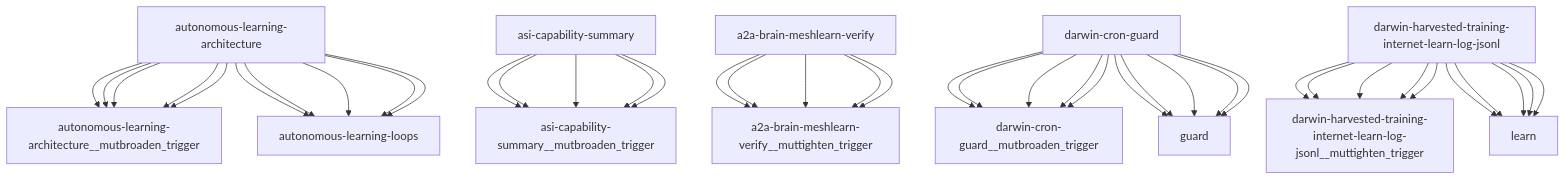
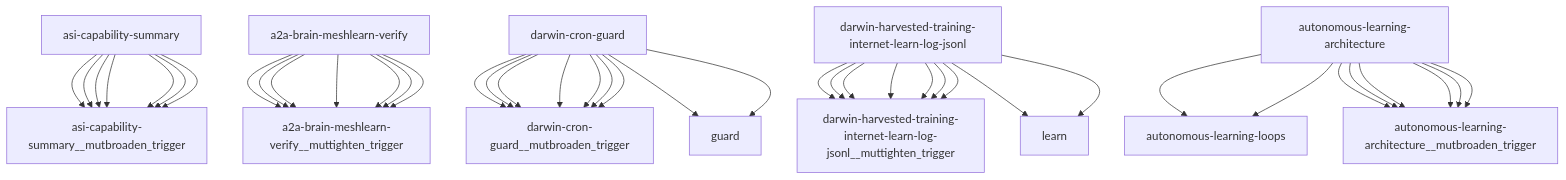
One commit to openamer-max/max-scripts changed the diagram in reports/darwin-report.md. Above: the diagram before and after it, drawn with Mermaid. The commit also changed other lines of this file and 9 other files, not shown here.

````diff
--- a/reports/darwin-report.md
+++ b/reports/darwin-report.md
@@ -74,43 +74,43 @@
 ```mermaid
 graph TD
-    autonomous-learning-architecture["autonomous-learning-architecture"] --> autonomous-learning-architecture__mutbroaden_trigger["autonomous-learning-architecture__mutbroaden_trigger"]
     asi-capability-summary["asi-capability-summary"] --> asi-capability-summary__mutbroaden_trigger["asi-capability-summary__mutbroaden_trigger"]
     a2a-brain-meshlearn-verify["a2a-brain-meshlearn-verify"] --> a2a-brain-meshlearn-verify__muttighten_trigger["a2a-brain-meshlearn-verify__muttighten_trigger"]
     darwin-cron-guard["darwin-cron-guard"] --> darwin-cron-guard__mutbroaden_trigger["darwin-cron-guard__mutbroaden_trigger"]
     darwin-harvested-training-internet-learn-log-jsonl["darwin-harvested-training-internet-learn-log-jsonl"] --> darwin-harvested-training-internet-learn-log-jsonl__muttighten_trigger["darwin-harvested-training-internet-learn-log-jsonl__muttighten_trigger"]
     autonomous-learning-architecture["autonomous-learning-architecture"] --> autonomous-learning-loops["autonomous-learning-loops"]
     darwin-cron-guard["darwin-cron-guard"] --> guard["guard"]
     darwin-harvested-training-internet-learn-log-jsonl["darwin-harvested-training-internet-learn-log-jsonl"] --> learn["learn"]
     autonomous-learning-architecture["autonomous-learning-architecture"] --> autonomous-learning-architecture__mutbroaden_trigger["autonomous-learning-architecture__mutbroaden_trigger"]
     asi-capability-summary["asi-capability-summary"] --> asi-capability-summary__mutbroaden_trigger["asi-capability-summary__mutbroaden_trigger"]
     a2a-brain-meshlearn-verify["a2a-brain-meshlearn-verify"] --> a2a-brain-meshlearn-verify__muttighten_trigger["a2a-brain-meshlearn-verify__muttighten_trigger"]
     darwin-cron-guard["darwin-cron-guard"] --> darwin-cron-guard__mutbroaden_trigger["darwin-cron-guard__mutbroaden_trigger"]
     darwin-harvested-training-internet-learn-log-jsonl["darwin-harvested-training-internet-learn-log-jsonl"] --> darwin-harvested-training-internet-learn-log-jsonl__muttighten_trigger["darwin-harvested-training-internet-learn-log-jsonl__muttighten_trigger"]
-    autonomous-learning-architecture["autonomous-learning-architecture"] --> autonomous-learning-loops["autonomous-learning-loops"]
-    darwin-cron-guard["darwin-cron-guard"] --> guard["guard"]
-    darwin-harvested-training-internet-learn-log-jsonl["darwin-harvested-training-internet-learn-log-jsonl"] --> learn["learn"]
     autonomous-learning-architecture["autonomous-learning-architecture"] --> autonomous-learning-architecture__mutbroaden_trigger["autonomous-learning-architecture__mutbroaden_trigger"]
     asi-capability-summary["asi-capability-summary"] --> asi-capability-summary__mutbroaden_trigger["asi-capability-summary__mutbroaden_trigger"]
     a2a-brain-meshlearn-verify["a2a-brain-meshlearn-verify"] --> a2a-brain-meshlearn-verify__muttighten_trigger["a2a-brain-meshlearn-verify__muttighten_trigger"]
     darwin-cron-guard["darwin-cron-guard"] --> darwin-cron-guard__mutbroaden_trigger["darwin-cron-guard__mutbroaden_trigger"]
     darwin-harvested-training-internet-learn-log-jsonl["darwin-harvested-training-internet-learn-log-jsonl"] --> darwin-harvested-training-internet-learn-log-jsonl__muttighten_trigger["darwin-harvested-training-internet-learn-log-jsonl__muttighten_trigger"]
-    autonomous-learning-architecture["autonomous-learning-architecture"] --> autonomous-learning-loops["autonomous-learning-loops"]
-    darwin-cron-guard["darwin-cron-guard"] --> guard["guard"]
-    darwin-harvested-training-internet-learn-log-jsonl["darwin-harvested-training-internet-learn-log-jsonl"] --> learn["learn"]
     autonomous-learning-architecture["autonomous-learning-architecture"] --> autonomous-learning-architecture__mutbroaden_trigger["autonomous-learning-architecture__mutbroaden_trigger"]
     asi-capability-summary["asi-capability-summary"] --> asi-capability-summary__mutbroaden_trigger["asi-capability-summary__mutbroaden_trigger"]
     a2a-brain-meshlearn-verify["a2a-brain-meshlearn-verify"] --> a2a-brain-meshlearn-verify__muttighten_trigger["a2a-brain-meshlearn-verify__muttighten_trigger"]
     darwin-cron-guard["darwin-cron-guard"] --> darwin-cron-guard__mutbroaden_trigger["darwin-cron-guard__mutbroaden_trigger"]
     darwin-harvested-training-internet-learn-log-jsonl["darwin-harvested-training-internet-learn-log-jsonl"] --> darwin-harvested-training-internet-learn-log-jsonl__muttighten_trigger["darwin-harvested-training-internet-learn-log-jsonl__muttighten_trigger"]
-    autonomous-learning-architecture["autonomous-learning-architecture"] --> autonomous-learning-loops["autonomous-learning-loops"]
-    darwin-cron-guard["darwin-cron-guard"] --> guard["guard"]
-    darwin-harvested-training-internet-learn-log-jsonl["darwin-harvested-training-internet-learn-log-jsonl"] --> learn["learn"]
+    autonomous-learning-architecture["autonomous-learning-architecture"] --> autonomous-learning-architecture__mutbroaden_trigger["autonomous-learning-architecture__mutbroaden_trigger"]
+    asi-capability-summary["asi-capability-summary"] --> asi-capability-summary__mutbroaden_trigger["asi-capability-summary__mutbroaden_trigger"]
+    a2a-brain-meshlearn-verify["a2a-brain-meshlearn-verify"] --> a2a-brain-meshlearn-verify__muttighten_trigger["a2a-brain-meshlearn-verify__muttighten_trigger"]
+    darwin-cron-guard["darwin-cron-guard"] --> darwin-cron-guard__mutbroaden_trigger["darwin-cron-guard__mutbroaden_trigger"]
+    darwin-harvested-training-internet-learn-log-jsonl["darwin-harvested-training-internet-learn-log-jsonl"] --> darwin-harvested-training-internet-learn-log-jsonl__muttighten_trigger["darwin-harvested-training-internet-learn-log-jsonl__muttighten_trigger"]
+    autonomous-learning-architecture["autonomous-learning-architecture"] --> autonomous-learning-architecture__mutbroaden_trigger["autonomous-learning-architecture__mutbroaden_trigger"]
+    asi-capability-summary["asi-capability-summary"] --> asi-capability-summary__mutbroaden_trigger["asi-capability-summary__mutbroaden_trigger"]
+    a2a-brain-meshlearn-verify["a2a-brain-meshlearn-verify"] --> a2a-brain-meshlearn-verify__muttighten_trigger["a2a-brain-meshlearn-verify__muttighten_trigger"]
+    darwin-cron-guard["darwin-cron-guard"] --> darwin-cron-guard__mutbroaden_trigger["darwin-cron-guard__mutbroaden_trigger"]
+    darwin-harvested-training-internet-learn-log-jsonl["darwin-harvested-training-internet-learn-log-jsonl"] --> darwin-harvested-training-internet-learn-log-jsonl__muttighten_trigger["darwin-harvested-training-internet-learn-log-jsonl__muttighten_trigger"]
     autonomous-learning-architecture["autonomous-learning-architecture"] --> autonomous-learning-architecture__mutbroaden_trigger["autonomous-learning-architecture__mutbroaden_trigger"]
     asi-capability-summary["asi-capability-summary"] --> asi-capability-summary__mutbroaden_trigger["asi-capability-summary__mutbroaden_trigger"]
     a2a-brain-meshlearn-verify["a2a-brain-meshlearn-verify"] --> a2a-brain-meshlearn-verify__muttighten_trigger["a2a-brain-meshlearn-verify__muttighten_trigger"]
     darwin-cron-guard["darwin-cron-guard"] --> darwin-cron-guard__mutbroaden_trigger["darwin-cron-guard__mutbroaden_trigger"]
     darwin-harvested-training-internet-learn-log-jsonl["darwin-harvested-training-internet-learn-log-jsonl"] --> darwin-harvested-training-internet-learn-log-jsonl__muttighten_trigger["darwin-harvested-training-internet-learn-log-jsonl__muttighten_trigger"]
     autonomous-learning-architecture["autonomous-learning-architecture"] --> autonomous-learning-loops["autonomous-learning-loops"]
     darwin-cron-guard["darwin-cron-guard"] --> guard["guard"]
     darwin-harvested-training-internet-learn-log-jsonl["darwin-harvested-training-internet-learn-log-jsonl"] --> learn["learn"]
 ```
````
